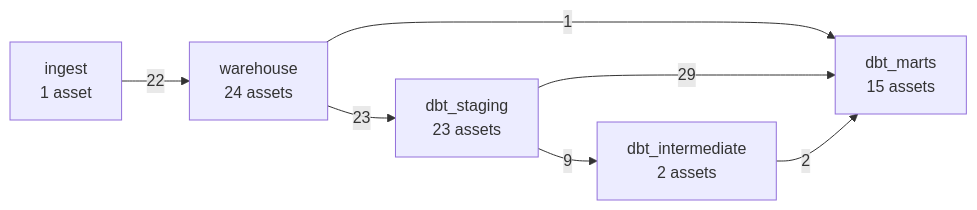
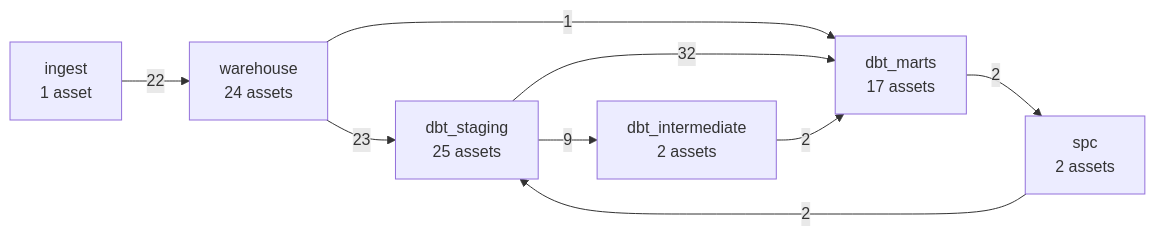
One commit to anson10/waferLens changed the diagram in docs/pipeline.md. Above: the diagram before and after it, drawn with Mermaid. The commit also changed other lines of this file and 32 other files, not shown here.

First line of the commit message:
feat(spc): add phase i/ii spc engine with frozen limits and alarm marts

````diff
--- a/docs/pipeline.md
+++ b/docs/pipeline.md
@@ -11,14 +11,17 @@
 ```mermaid
 flowchart LR
     ingest["ingest<br/>1 asset"]
     warehouse["warehouse<br/>24 assets"]
-    dbt_staging["dbt_staging<br/>23 assets"]
+    dbt_staging["dbt_staging<br/>25 assets"]
     dbt_intermediate["dbt_intermediate<br/>2 assets"]
-    dbt_marts["dbt_marts<br/>15 assets"]
+    dbt_marts["dbt_marts<br/>17 assets"]
+    spc["spc<br/>2 assets"]
     ingest -->|22| warehouse
     warehouse -->|23| dbt_staging
     warehouse -->|1| dbt_marts
     dbt_staging -->|9| dbt_intermediate
-    dbt_staging -->|29| dbt_marts
+    dbt_staging -->|32| dbt_marts
     dbt_intermediate -->|2| dbt_marts
+    dbt_marts -->|2| spc
+    spc -->|2| dbt_staging
 ```
````
